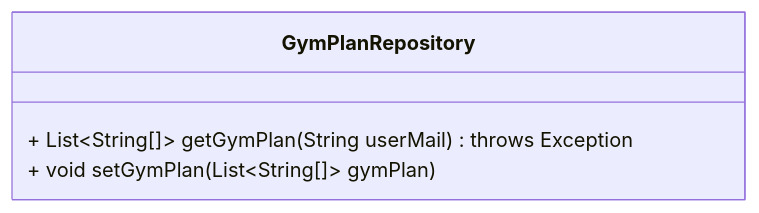
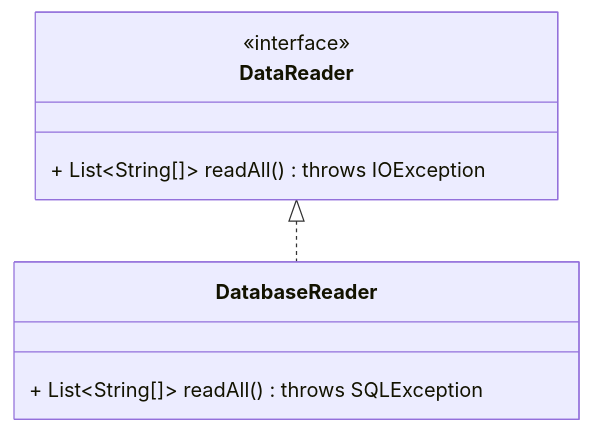
The tenth of 22 diagrams in documentation/README.md (ASE-Foodtracker/x-foodtracker), drawn with Mermaid before and after one commit. The commit also changed other lines of this file and 12 other files, not shown here.

````diff
--- a/documentation/README.md
+++ b/documentation/README.md
@@ -293,7 +293,12 @@
 ```mermaid
 classDiagram
-    class GymPlanRepository {
-        + List~String[]~ getGymPlan(String userMail) throws Exception
-        + void setGymPlan(List~String[]~ gymPlan)
+    class DataReader {
+        <<interface>>
+        + List~String[]~ readAll() throws IOException
     }
+    class DatabaseReader {
+        + List~String[]~ readAll() throws SQLException
+    }
+    DataReader <|.. DatabaseReader
+
 ```
````
